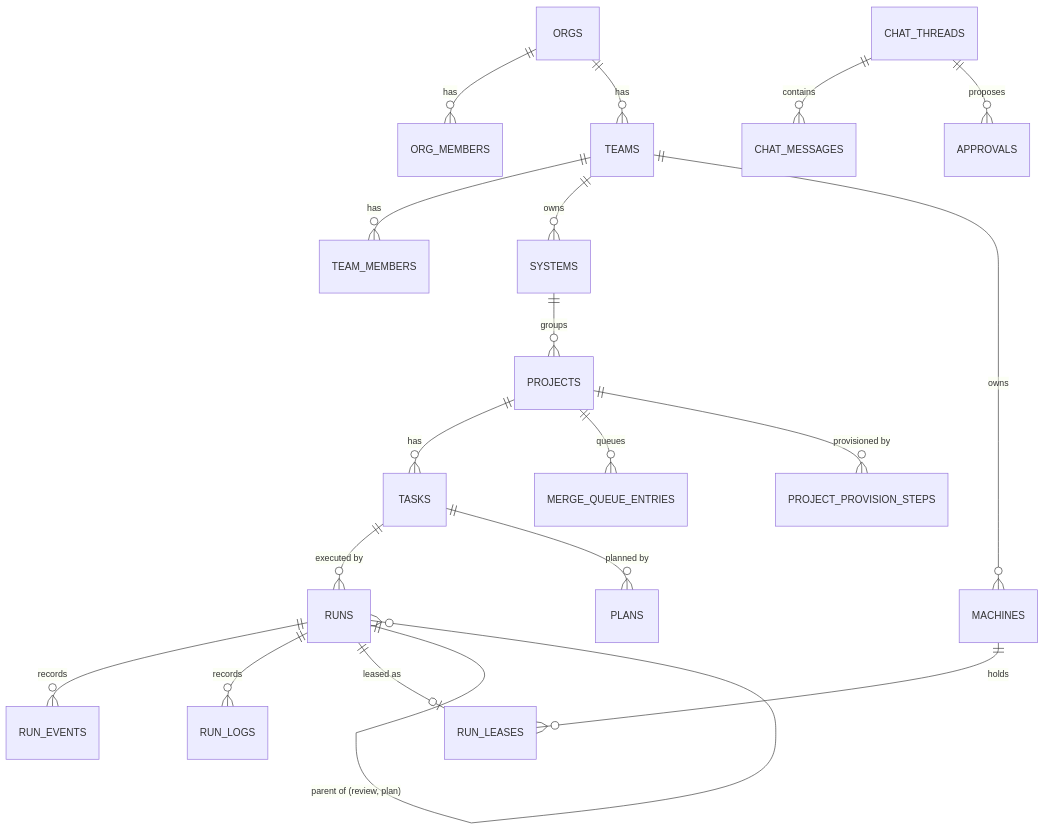
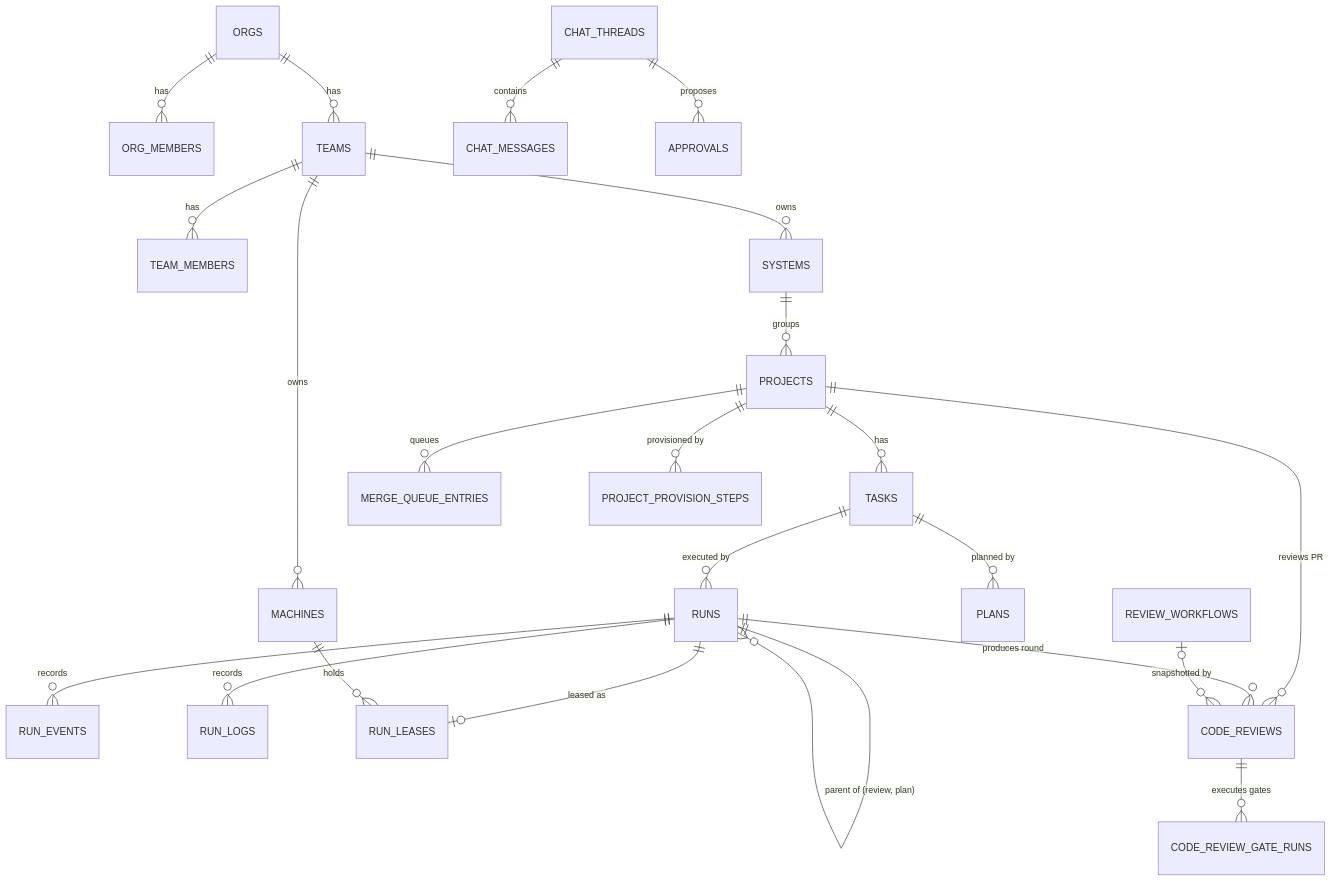
Before and after one commit to tdduydev/xdev-hive: the first of 2 diagrams in docs/sdd.md, drawn with Mermaid. The commit also changed other lines of this file and 4 other files, not shown here.

Commit message:
docs(hub): document code review workflows and pending integration

````diff
--- a/docs/sdd.md
+++ b/docs/sdd.md
@@ -33,21 +37,25 @@
 ```mermaid
 erDiagram
   ORGS ||--o{ ORG_MEMBERS : has
   ORGS ||--o{ TEAMS : has
   TEAMS ||--o{ TEAM_MEMBERS : has
   TEAMS ||--o{ SYSTEMS : owns
   SYSTEMS ||--o{ PROJECTS : groups
   PROJECTS ||--o{ TASKS : has
   TASKS ||--o{ RUNS : "executed by"
   RUNS ||--o{ RUN_EVENTS : records
   RUNS ||--o{ RUN_LOGS : records
   RUNS ||--o| RUN_LEASES : "leased as"
   TEAMS ||--o{ MACHINES : owns
   MACHINES ||--o{ RUN_LEASES : holds
   TASKS ||--o{ PLANS : "planned by"
   PROJECTS ||--o{ MERGE_QUEUE_ENTRIES : queues
   PROJECTS ||--o{ PROJECT_PROVISION_STEPS : "provisioned by"
   CHAT_THREADS ||--o{ CHAT_MESSAGES : contains
   CHAT_THREADS ||--o{ APPROVALS : proposes
   RUNS ||--o{ RUNS : "parent of (review, plan)"
+  PROJECTS ||--o{ CODE_REVIEWS : "reviews PR"
+  RUNS ||--o{ CODE_REVIEWS : "produces round"
+  REVIEW_WORKFLOWS |o--o{ CODE_REVIEWS : "snapshotted by"
+  CODE_REVIEWS ||--o{ CODE_REVIEW_GATE_RUNS : "executes gates"
 ```
````
